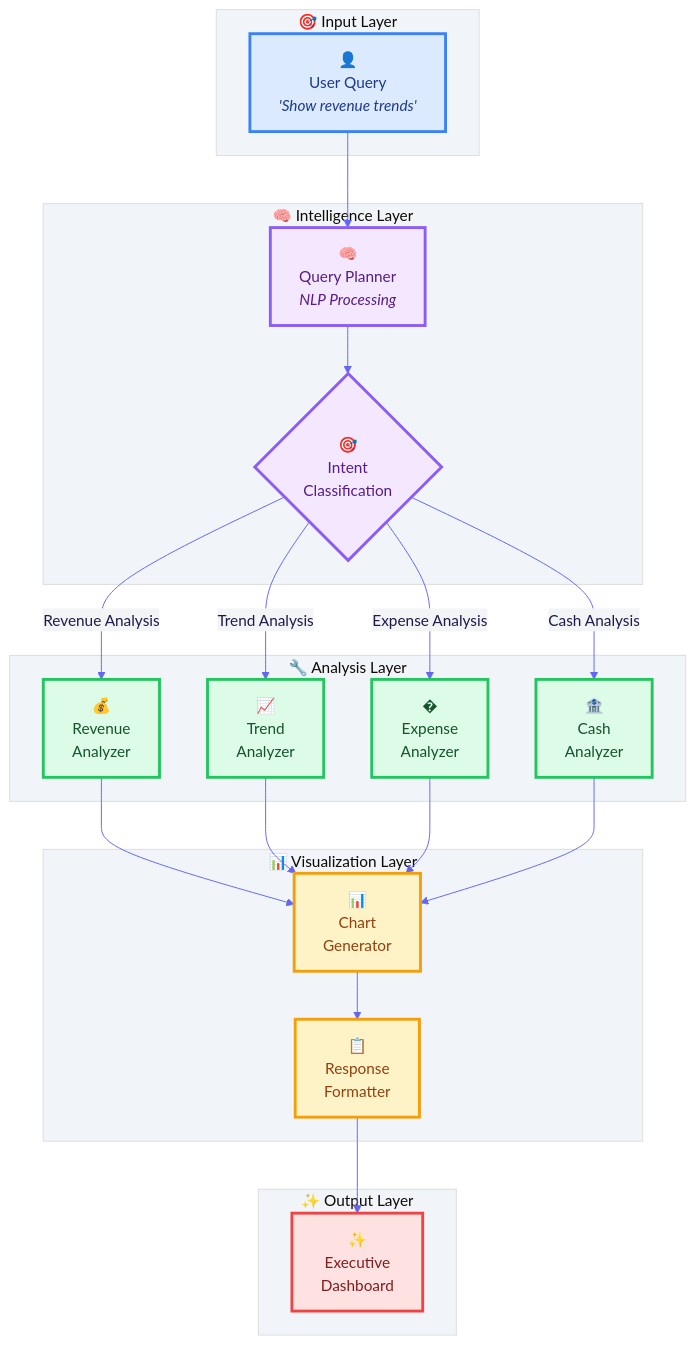
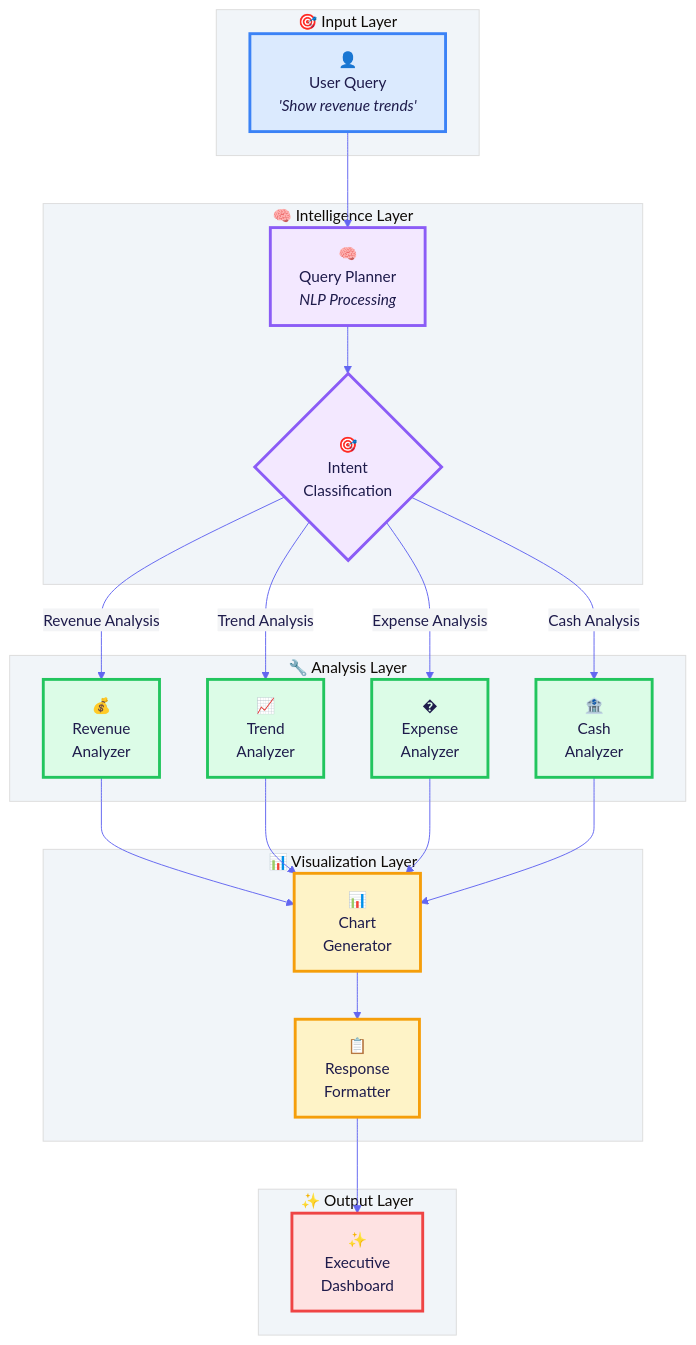
The eighth of 11 diagrams in README.md (jellyfishing2346/cfo-copilot), drawn with Mermaid before and after one commit. The commit also changed other lines of this file and 3 other files, not shown here.

````diff
--- a/README.md
+++ b/README.md
@@ -699,69 +710,69 @@
 ```mermaid
 %%{init: {
   'theme': 'base',
   'themeVariables': {
     'primaryColor': '#4f46e5',
     'primaryTextColor': '#1e1b4b',
     'primaryBorderColor': '#6366f1',
     'lineColor': '#6366f1',
     'secondaryColor': '#f3f4f6',
     'tertiaryColor': '#f1f5f9',
     'background': '#ffffff',
     'mainBkg': '#f8fafc',
     'secondBkg': '#e2e8f0',
     'tertiaryBkg': '#cbd5e1'
   }
 }}%%
 graph TB
     subgraph "🎯 Input Layer"
         A["👤<br/>User Query<br/><i>'Show revenue trends'</i>"]
     end
     
     subgraph "🧠 Intelligence Layer"
         B["🧠<br/>Query Planner<br/><i>NLP Processing</i>"]
         C{"🎯<br/>Intent<br/>Classification"}
     end
     
     subgraph "🔧 Analysis Layer"
         D["💰<br/>Revenue<br/>Analyzer"]
         E["📈<br/>Trend<br/>Analyzer"]
         F["�<br/>Expense<br/>Analyzer"]
         G["🏦<br/>Cash<br/>Analyzer"]
     end
     
     subgraph "📊 Visualization Layer"
         H["📊<br/>Chart<br/>Generator"]
         I["📋<br/>Response<br/>Formatter"]
     end
     
     subgraph "✨ Output Layer"
         J["✨<br/>Executive<br/>Dashboard"]
     end
     
     A --> B
     B --> C
     C -->|"Revenue Analysis"| D
     C -->|"Trend Analysis"| E
     C -->|"Expense Analysis"| F
     C -->|"Cash Analysis"| G
     
     D --> H
     E --> H
     F --> H
     G --> H
     
     H --> I
     I --> J
     
-    classDef inputStyle fill:#dbeafe,stroke:#3b82f6,stroke-width:3px,color:#1e3a8a
-    classDef intelligenceStyle fill:#f3e8ff,stroke:#8b5cf6,stroke-width:3px,color:#581c87
-    classDef analysisStyle fill:#dcfce7,stroke:#22c55e,stroke-width:3px,color:#14532d
-    classDef vizStyle fill:#fef3c7,stroke:#f59e0b,stroke-width:3px,color:#92400e
-    classDef outputStyle fill:#fee2e2,stroke:#ef4444,stroke-width:3px,color:#7f1d1d
+    classDef inputStyle fill:#dbeafe,stroke:#3b82f6,stroke-width:3px
+    classDef intelligenceStyle fill:#f3e8ff,stroke:#8b5cf6,stroke-width:3px
+    classDef analysisStyle fill:#dcfce7,stroke:#22c55e,stroke-width:3px
+    classDef vizStyle fill:#fef3c7,stroke:#f59e0b,stroke-width:3px
+    classDef outputStyle fill:#fee2e2,stroke:#ef4444,stroke-width:3px
     
     class A inputStyle
     class B,C intelligenceStyle
     class D,E,F,G analysisStyle
     class H,I vizStyle
     class J outputStyle
 ```
````
